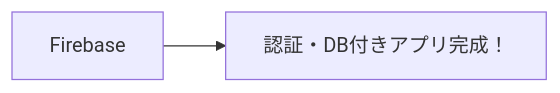
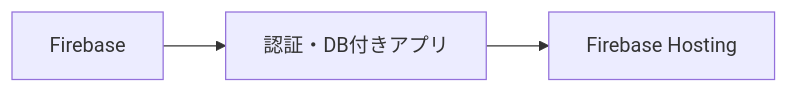
Before and after one commit to tsunosekai/typescript-class: diagram 13 of 13 in src/content/lessons/23.md, drawn with Mermaid. The commit also changed other lines of this file, not shown here.

````diff
--- a/src/content/lessons/23.md
+++ b/src/content/lessons/23.md
@@ -195,4 +389,4 @@
 ```mermaid
 flowchart LR
-    C1["Firebase"] --> C2["認証・DB付きアプリ完成！"]
+    D1["Firebase"] --> D2["認証・DB付きアプリ"] --> D3["Firebase Hosting"]
 ```
````
